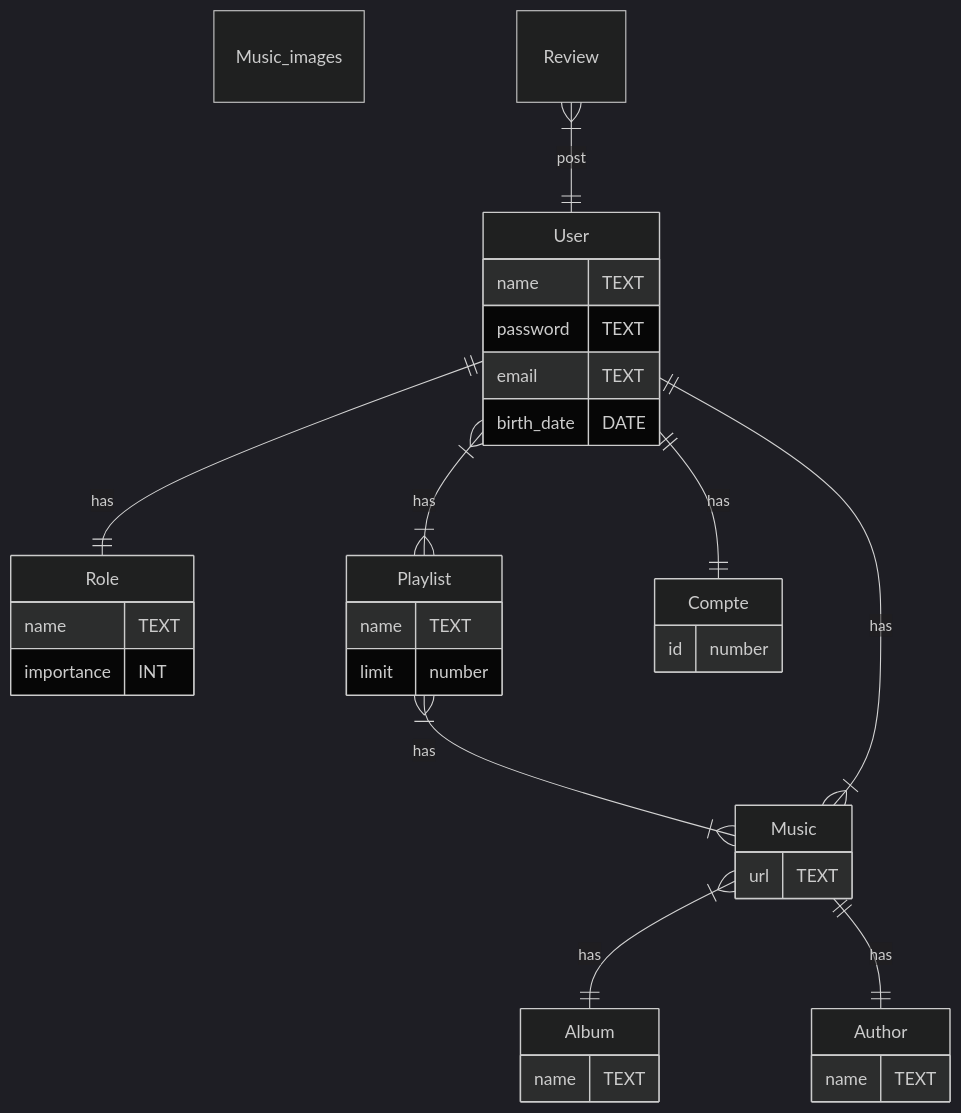
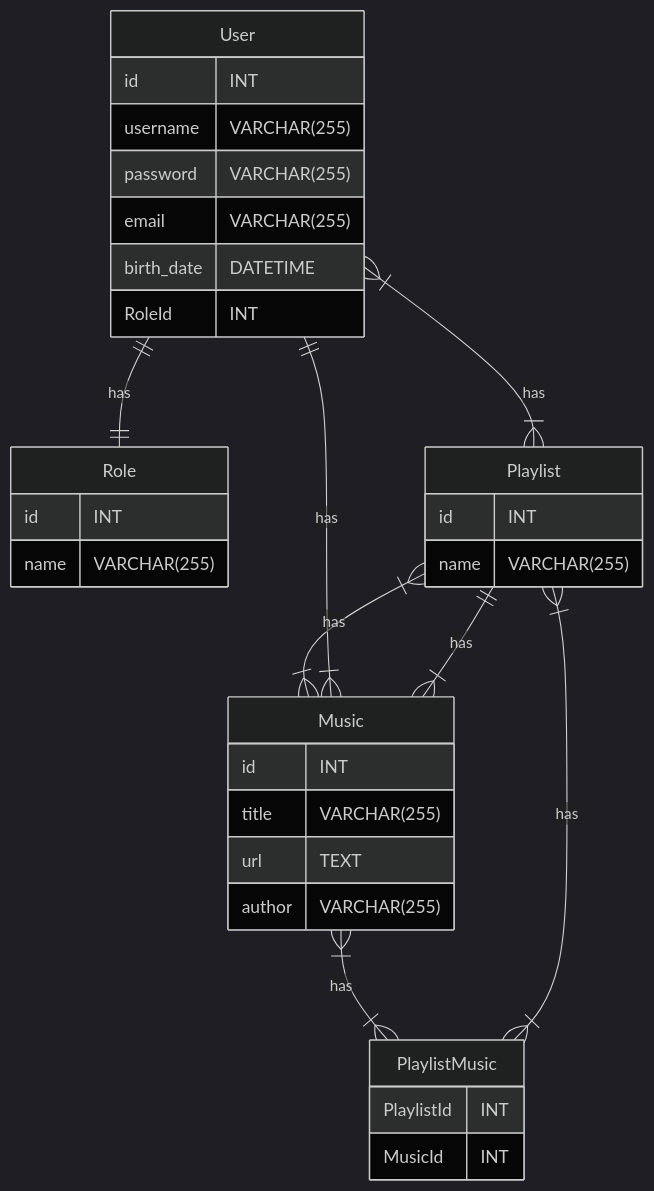
One commit to ThomasMoire/Spoutoufy changed the second of 2 diagrams in README.md. Above: the diagram before and after it, drawn with Mermaid (dark theme).

````diff
--- a/README.md
+++ b/README.md
@@ -52,42 +52,40 @@
 ```mermaid
 erDiagram
-    Album{
-        name TEXT
-    }
-    Music_images{
-    }
-    
+       
     User{
-        name TEXT
-        password TEXT
-        email TEXT
-        birth_date DATE
+        id INT
+        username VARCHAR(255)
+        password VARCHAR(255)
+        email VARCHAR(255)
+        birth_date DATETIME
+        RoleId INT
     }
     Music{
+        id INT
+        title VARCHAR(255)
         url TEXT
+        author VARCHAR(255)
     }
     Role{
-        name TEXT
-        importance INT
+        id INT
+        name VARCHAR(255)
     }
     Playlist{
-        name TEXT
-        limit number
+        id INT 
+        name VARCHAR(255)
     }
-    Compte{
-        id number
-    }
-    Author{
-        name TEXT
-    }   
+    PlaylistMusic{
+        PlaylistId INT
+        MusicId INT
+  }
+    
 
-    Music }|--|| Album : has
-    Review }|--|| User : post
+    Music }|--|| Playlist : has
+    PlaylistMusic }| -- }| Playlist : has
+    Music }| -- }| PlaylistMusic : has
     Playlist }|--}| Music : has
     User }|--}| Playlist : has
     User ||--|{ Music : has
     User ||--|| Role : has
-    User ||--|| Compte : has
  
-    Music ||--|| Author : has
 ```
````
